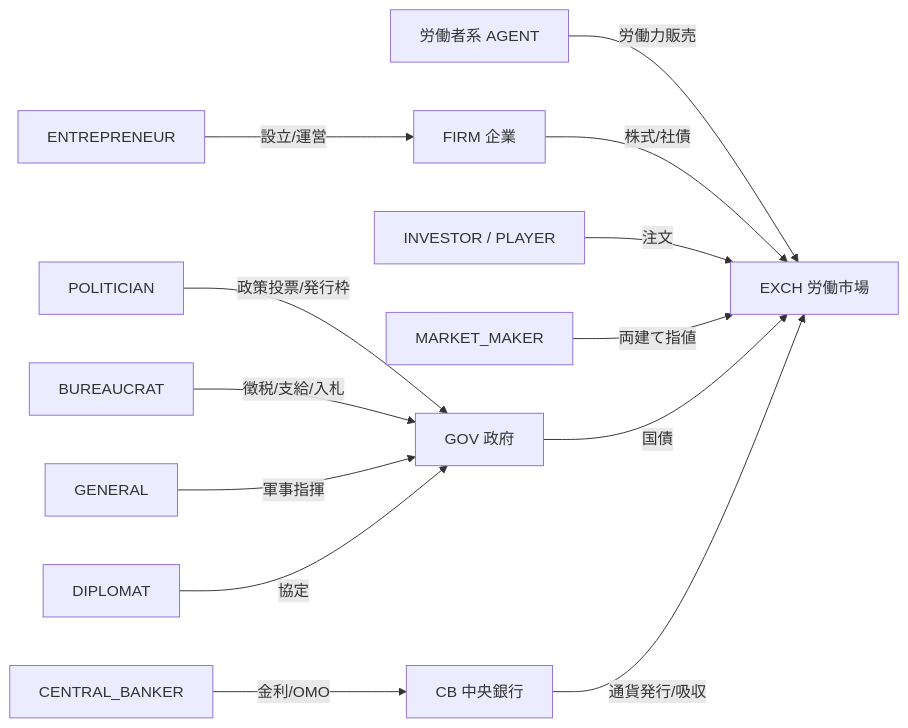
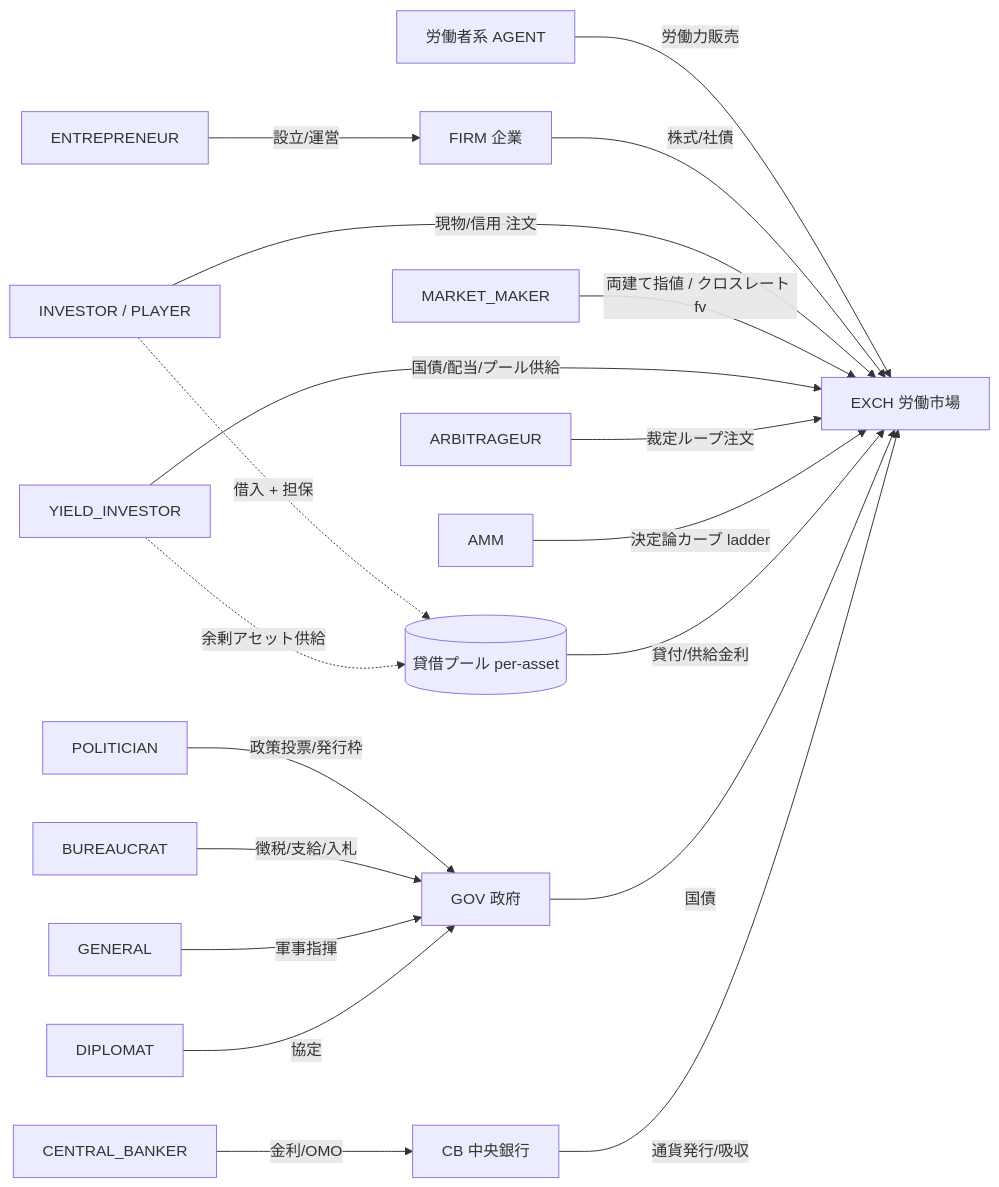
One commit to h4ribote/FinBox changed the second of 3 diagrams in doc/06-roles.md. Above: the diagram before and after it, drawn with Mermaid. The commit also changed other lines of this file and 28 other files, not shown here.

````diff
--- a/doc/06-roles.md
+++ b/doc/06-roles.md
@@ -173,15 +234,21 @@
 ```mermaid
 flowchart LR
   WRK[労働者系 AGENT] -->|労働力販売| EXCH[EXCH 労働市場]
   ENT[ENTREPRENEUR] -->|設立/運営| FIRM[FIRM 企業]
   FIRM -->|株式/社債| EXCH
-  INV[INVESTOR / PLAYER] -->|注文| EXCH
-  MM[MARKET_MAKER] -->|両建て指値| EXCH
+  INV[INVESTOR / PLAYER] -->|現物/信用 注文| EXCH
+  MM[MARKET_MAKER] -->|両建て指値 / クロスレート fv| EXCH
+  YINV[YIELD_INVESTOR] -->|国債/配当/プール供給| EXCH
+  ARB[ARBITRAGEUR] -->|裁定ループ注文| EXCH
+  AMM[AMM] -->|決定論カーブ ladder| EXCH
+  INV -.->|借入 + 担保| POOL[(貸借プール per-asset)]
+  YINV -.->|余剰アセット供給| POOL
+  POOL -->|貸付/供給金利| EXCH
   POL[POLITICIAN] -->|政策投票/発行枠| GOV[GOV 政府]
   BUR[BUREAUCRAT] -->|徴税/支給/入札| GOV
   GOV -->|国債| EXCH
   CBK[CENTRAL_BANKER] -->|金利/OMO| CB[CB 中央銀行]
   CB -->|通貨発行/吸収| EXCH
   GEN[GENERAL] -->|軍事指揮| GOV
   DIP[DIPLOMAT] -->|協定| GOV
 ```
````
